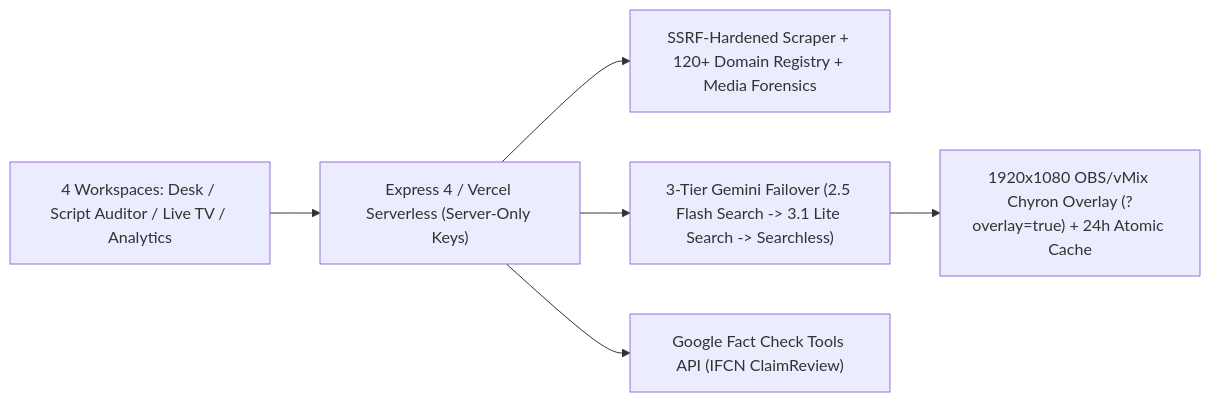
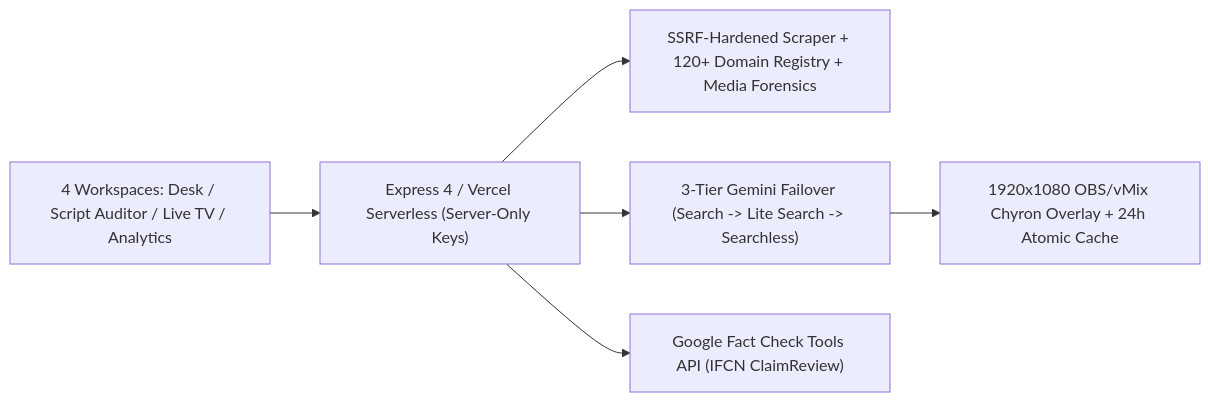
The fourth of 4 diagrams in README.md (hamza1713/hamza1713), drawn with Mermaid before and after one commit. The commit also changed other lines of this file and 3 other files, not shown here.

````diff
--- a/README.md
+++ b/README.md
@@ -184,8 +173,8 @@
 ```mermaid
 flowchart LR
     WS["4 Workspaces: Desk / Script Auditor / Live TV / Analytics"] --> API["Express 4 / Vercel Serverless (Server-Only Keys)"]
     API --> SEC["SSRF-Hardened Scraper + 120+ Domain Registry + Media Forensics"]
-    API --> ENG["3-Tier Gemini Failover (2.5 Flash Search -> 3.1 Lite Search -> Searchless)"]
+    API --> ENG["3-Tier Gemini Failover (Search -> Lite Search -> Searchless)"]
     API --> FC["Google Fact Check Tools API (IFCN ClaimReview)"]
-    ENG --> OBS["1920x1080 OBS/vMix Chyron Overlay (?overlay=true) + 24h Atomic Cache"]
+    ENG --> OBS["1920x1080 OBS/vMix Chyron Overlay + 24h Atomic Cache"]
 ```
````
